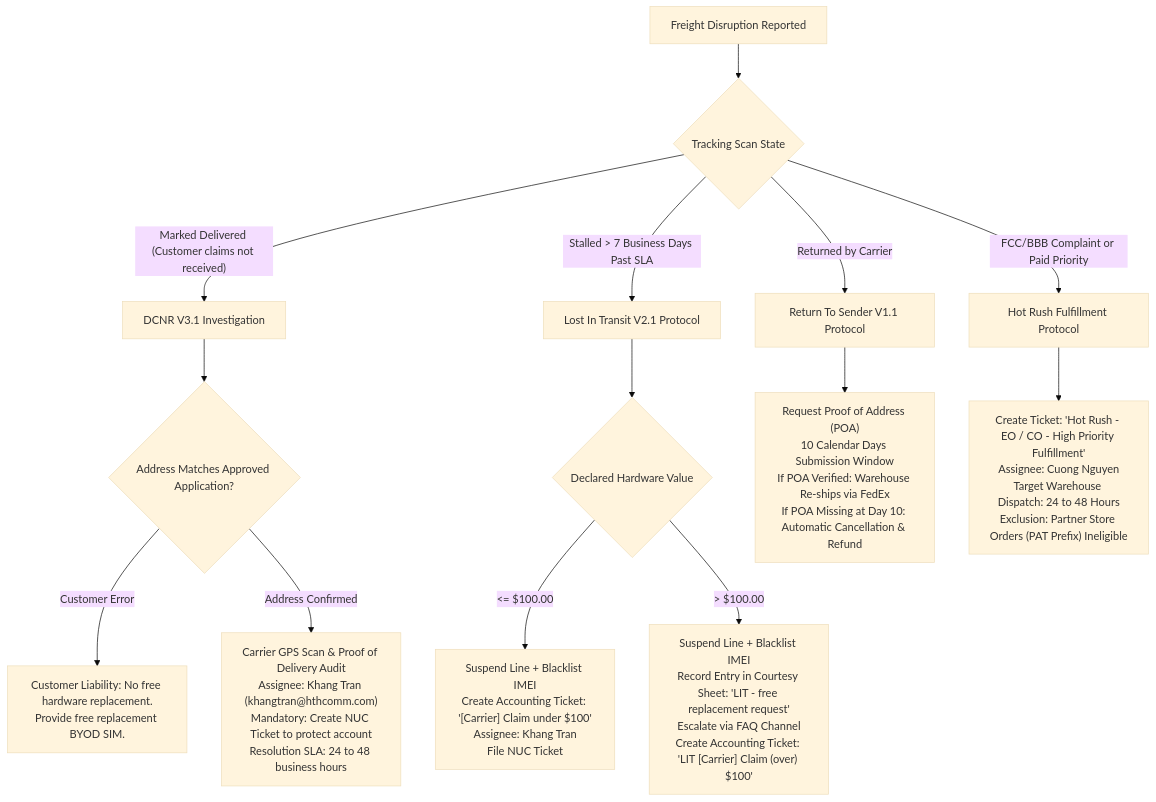
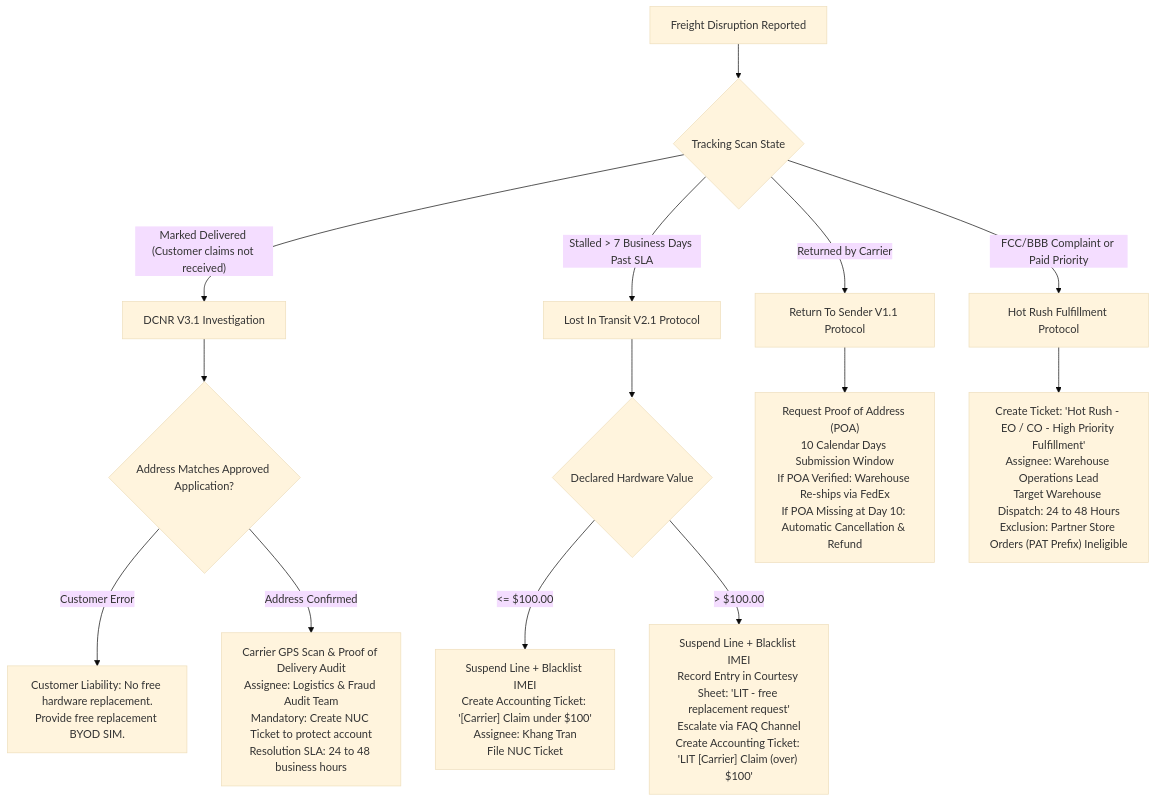
The sixth of 9 diagrams in cheatsheet/SOFTEL_INTERNAL_SOP_DEEP_DIVE.md (fatdev123/quick_response), drawn with Mermaid (base theme) before and after one commit. The commit also changed other lines of this file and 9 other files, not shown here.

First line of the commit message:
feat(docs): overhaul README in Vietnamese, enforce 6-step mermaid schema, audit SLAs and patch QA/leak vulnerabilities

````diff
--- a/cheatsheet/SOFTEL_INTERNAL_SOP_DEEP_DIVE.md
+++ b/cheatsheet/SOFTEL_INTERNAL_SOP_DEEP_DIVE.md
@@ -252,20 +252,20 @@
 ```mermaid
 flowchart TD
     FreightDispute["Freight Disruption Reported"] --> CarrierTrace{"Tracking Scan State"}
 
     CarrierTrace -- "Marked Delivered (Customer claims not received)" --> DCNR_Path["DCNR V3.1 Investigation"]
     DCNR_Path --> CheckAddr{"Address Matches Approved Application?"}
     CheckAddr -- "Customer Error" --> CX_Liable["Customer Liability: No free hardware replacement.<br/>Provide free replacement BYOD SIM."]
-    CheckAddr -- "Address Confirmed" --> DCNR_Process["Carrier GPS Scan & Proof of Delivery Audit<br/>Assignee: Khang Tran (khangtran@hthcomm.com)<br/>Mandatory: Create NUC Ticket to protect account<br/>Resolution SLA: 24 to 48 business hours"]
+    CheckAddr -- "Address Confirmed" --> DCNR_Process["Carrier GPS Scan & Proof of Delivery Audit<br/>Assignee: Logistics & Fraud Audit Team<br/>Mandatory: Create NUC Ticket to protect account<br/>Resolution SLA: 24 to 48 business hours"]
 
     CarrierTrace -- "Stalled > 7 Business Days Past SLA" --> LIT_Path["Lost In Transit V2.1 Protocol"]
     LIT_Path --> CheckVal{"Declared Hardware Value"}
     CheckVal -- "<= $100.00" --> LIT_Low["Suspend Line + Blacklist IMEI<br/>Create Accounting Ticket: '[Carrier] Claim under $100'<br/>Assignee: Khang Tran<br/>File NUC Ticket"]
     CheckVal -- "> $100.00" --> LIT_High["Suspend Line + Blacklist IMEI<br/>Record Entry in Courtesy Sheet: 'LIT - free replacement request'<br/>Escalate via FAQ Channel<br/>Create Accounting Ticket: 'LIT [Carrier] Claim (over) $100'"]
 
     CarrierTrace -- "Returned by Carrier" --> RTS_Path["Return To Sender V1.1 Protocol"]
     RTS_Path --> RTS_Hold["Request Proof of Address (POA)<br/>10 Calendar Days Submission Window<br/>If POA Verified: Warehouse Re-ships via FedEx<br/>If POA Missing at Day 10: Automatic Cancellation & Refund"]
 
     CarrierTrace -- "FCC/BBB Complaint or Paid Priority" --> Rush_Path["Hot Rush Fulfillment Protocol"]
-    Rush_Path --> Rush_Exec["Create Ticket: 'Hot Rush - EO / CO - High Priority Fulfillment'<br/>Assignee: Cuong Nguyen<br/>Target Warehouse Dispatch: 24 to 48 Hours<br/>Exclusion: Partner Store Orders (PAT Prefix) Ineligible"]
+    Rush_Path --> Rush_Exec["Create Ticket: 'Hot Rush - EO / CO - High Priority Fulfillment'<br/>Assignee: Warehouse Operations Lead<br/>Target Warehouse Dispatch: 24 to 48 Hours<br/>Exclusion: Partner Store Orders (PAT Prefix) Ineligible"]
 ```
````
